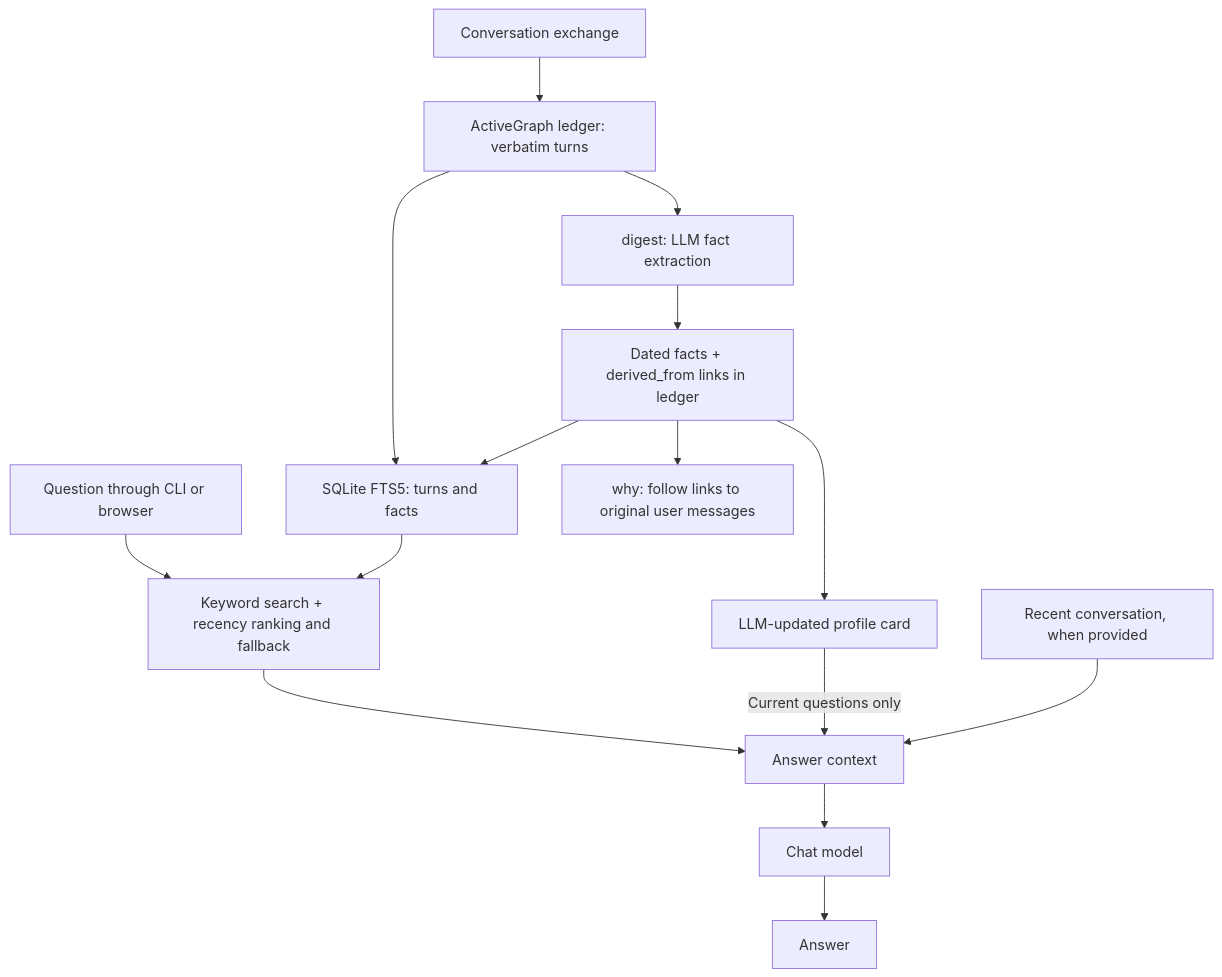
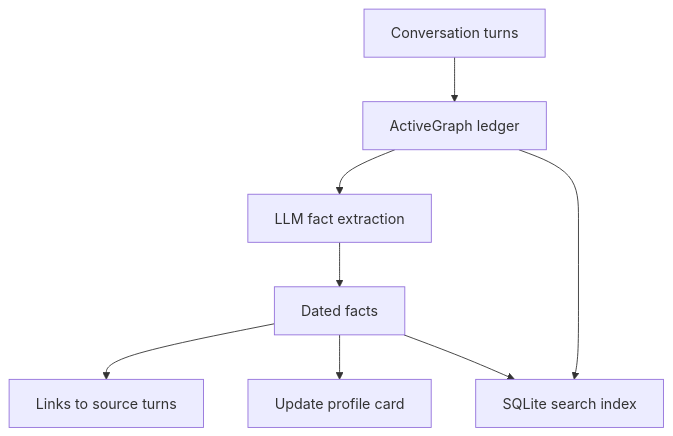
The first of 2 diagrams in README.md (debsagar/mnemos), drawn with Mermaid before and after one commit. The commit also changed other lines of this file, not shown here.

Commit message:
Split architecture flow and shorten diagram labels

````diff
--- a/README.md
+++ b/README.md
@@ -18,17 +20,10 @@
 ```mermaid
 flowchart TD
-    Input["Conversation exchange"] --> Ledger["ActiveGraph ledger: verbatim turns"]
-    Ledger --> Index["SQLite FTS5: turns and facts"]
-    Ledger --> Digest["digest: LLM fact extraction"]
-    Digest --> Facts["Dated facts + derived_from links in ledger"]
+    Turns["Conversation turns"] --> Ledger["ActiveGraph ledger"]
+    Ledger --> Extract["LLM fact extraction"]
+    Extract --> Facts["Dated facts"]
+    Facts --> Sources["Links to source turns"]
+    Facts --> Profile["Update profile card"]
+    Ledger --> Index["SQLite search index"]
     Facts --> Index
-    Facts --> Profile["LLM-updated profile card"]
-    Question["Question through CLI or browser"] --> Retrieve["Keyword search + recency ranking and fallback"]
-    Index --> Retrieve
-    Retrieve --> Context["Answer context"]
-    Profile -->|"Current questions only"| Context
-    Recent["Recent conversation, when provided"] --> Context
-    Context --> Model["Chat model"]
-    Model --> Answer["Answer"]
-    Facts --> Why["why: follow links to original user messages"]
 ```
````
